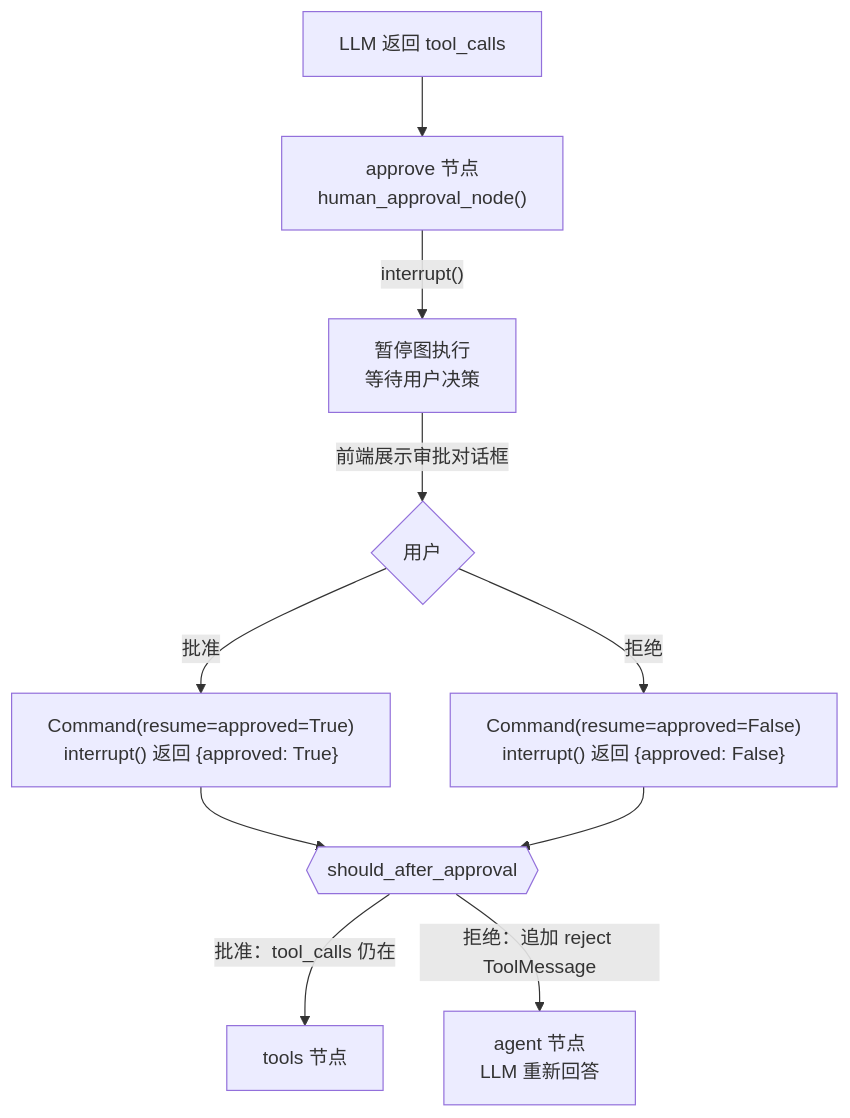
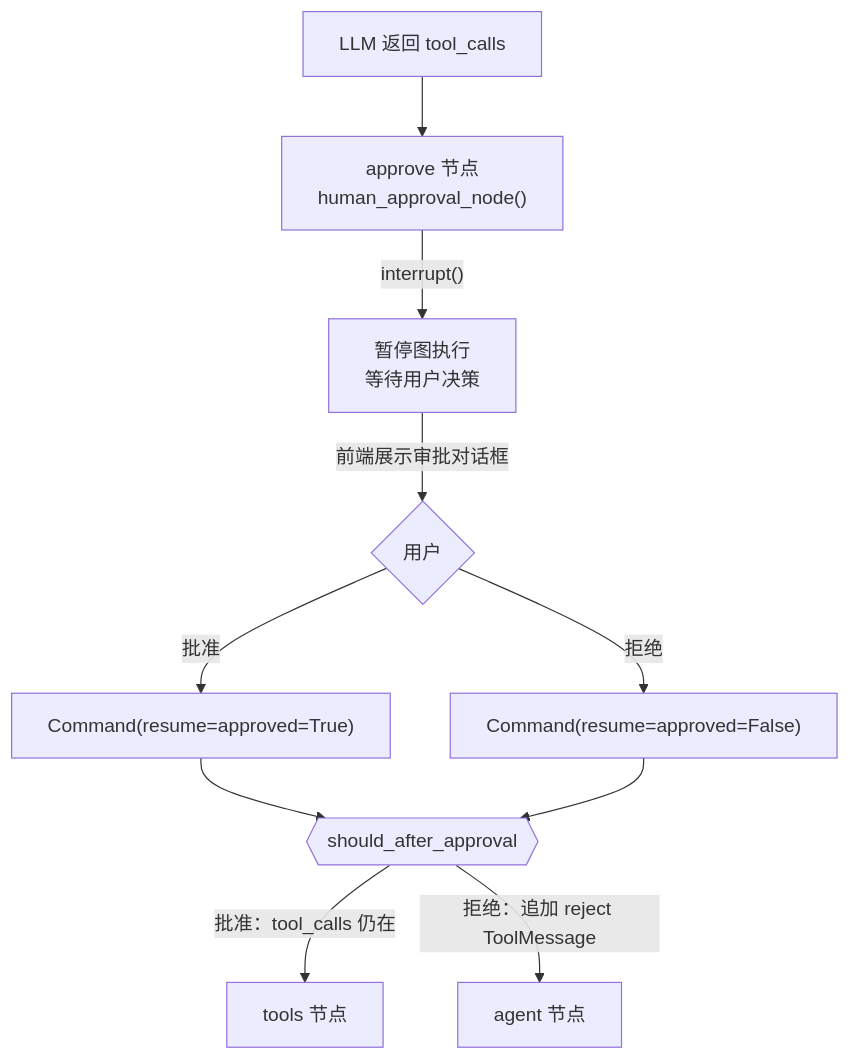
One commit to wuLa0702/llm_wiki_selfbuild changed the third of 8 diagrams in docs/agent-architecture-diagrams.md. Above: the diagram before and after it, drawn with Mermaid. The commit also changed other lines of this file, not shown here.

First line of the commit message:
docs(agent): 架构图更新至 v5 — 四层模块 + WM + Sink + 索引表

````diff
--- a/docs/agent-architecture-diagrams.md
+++ b/docs/agent-architecture-diagrams.md
@@ -131,13 +154,13 @@
 ```mermaid
 flowchart TD
     LLM["LLM 返回 tool_calls"]
     LLM --> APPROVE_NODE["approve 节点<br/>human_approval_node()"]
     APPROVE_NODE -->|"interrupt()"| WAIT["暂停图执行<br/>等待用户决策"]
     WAIT -->|"前端展示审批对话框"| USER{"用户"}
-    USER -->|"批准"| RESUME_APPROVE["Command(resume=approved=True)<br/>interrupt() 返回 {approved: True}"]
-    USER -->|"拒绝"| RESUME_REJECT["Command(resume=approved=False)<br/>interrupt() 返回 {approved: False}"]
+    USER -->|"批准"| RESUME_APPROVE["Command(resume=approved=True)"]
+    USER -->|"拒绝"| RESUME_REJECT["Command(resume=approved=False)"]
     RESUME_APPROVE --> AFTER{{"should_after_approval"}}
     RESUME_REJECT --> AFTER
     AFTER -->|"批准：tool_calls 仍在"| TOOLS["tools 节点"]
-    AFTER -->|"拒绝：追加 reject ToolMessage"| AGENT["agent 节点<br/>LLM 重新回答"]
+    AFTER -->|"拒绝：追加 reject ToolMessage"| AGENT["agent 节点"]
 ```
````
